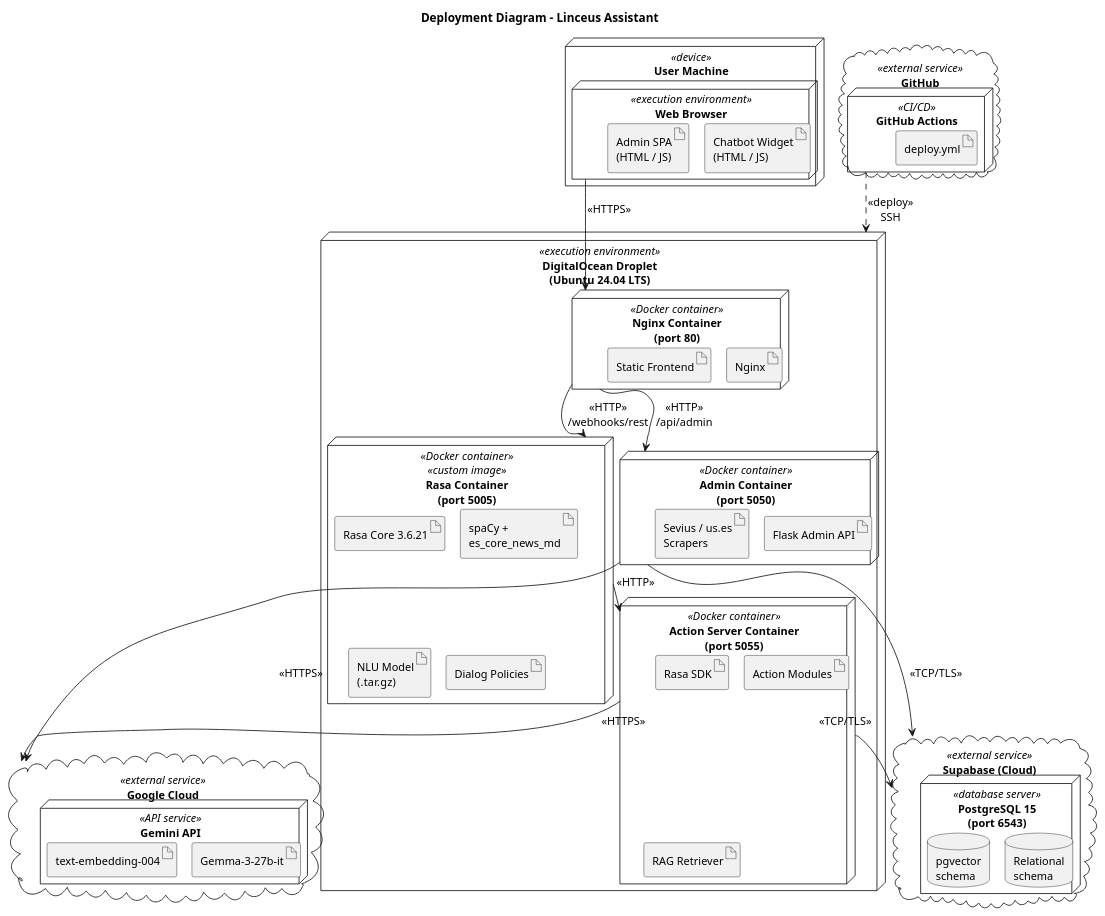
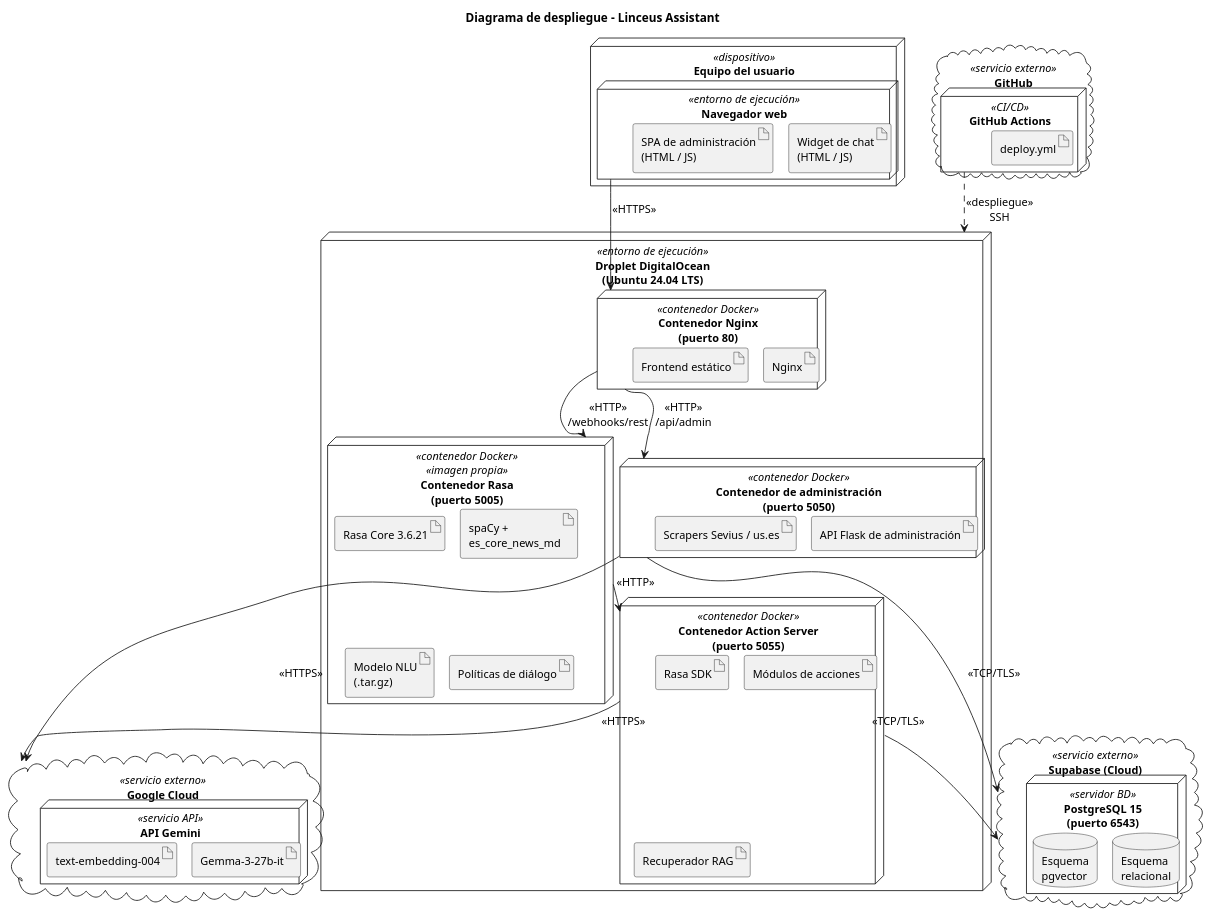
One commit to santiabregu/linceus-assistant changed the diagram in memoria_tfg/Plantilla TfG/img/diagrama_despliegue.puml. Above: the diagram before and after it, drawn with PlantUML. The commit also changed 37 other files, not shown here.

```diff
--- a/memoria_tfg/Plantilla TfG/img/diagrama_despliegue.puml
+++ b/memoria_tfg/Plantilla TfG/img/diagrama_despliegue.puml
@@ -1,79 +1,79 @@
-@startuml Diagrama de Despliegue
+@startuml diagrama_despliegue
 !pragma layout smetana
 skinparam defaultFontSize 13
 skinparam shadowing false
 skinparam nodeStyle rectangle
 
-title Deployment Diagram - Linceus Assistant
+title Diagrama de despliegue - Linceus Assistant
 
 ' ─── Cliente ─────────────────────────────────────────────────────────────────
-node "User Machine" as client <<device>> {
-  node "Web Browser" as browser <<execution environment>> {
-    artifact "Chatbot Widget\n(HTML / JS)" as chatwidget
-    artifact "Admin SPA\n(HTML / JS)" as adminspa
+node "Equipo del usuario" as client <<dispositivo>> {
+  node "Navegador web" as browser <<entorno de ejecución>> {
+    artifact "Widget de chat\n(HTML / JS)" as chatwidget
+    artifact "SPA de administración\n(HTML / JS)" as adminspa
   }
 }
 
 ' ─── Servidor de producción ──────────────────────────────────────────────────
-node "DigitalOcean Droplet\n(Ubuntu 24.04 LTS)" as droplet <<execution environment>> {
+node "Droplet DigitalOcean\n(Ubuntu 24.04 LTS)" as droplet <<entorno de ejecución>> {
 
-  node "Nginx Container\n(port 80)" as nginx_container <<Docker container>> {
+  node "Contenedor Nginx\n(puerto 80)" as nginx_container <<contenedor Docker>> {
     artifact "Nginx" as nginx_art
-    artifact "Static Frontend" as frontend_art
+    artifact "Frontend estático" as frontend_art
   }
 
-  node "Rasa Container\n(port 5005)" as rasa_container <<Docker container>> <<custom image>> {
+  node "Contenedor Rasa\n(puerto 5005)" as rasa_container <<contenedor Docker>> <<imagen propia>> {
     artifact "Rasa Core 3.6.21" as rasa_art
     artifact "spaCy +\nes_core_news_md" as spacy_art
-    artifact "NLU Model\n(.tar.gz)" as nlu_model
-    artifact "Dialog Policies" as policies
+    artifact "Modelo NLU\n(.tar.gz)" as nlu_model
+    artifact "Políticas de diálogo" as policies
   }
 
-  node "Action Server Container\n(port 5055)" as action_container <<Docker container>> {
+  node "Contenedor Action Server\n(puerto 5055)" as action_container <<contenedor Docker>> {
     artifact "Rasa SDK" as sdk_art
-    artifact "Action Modules" as action_modules
-    artifact "RAG Retriever" as rag_art
+    artifact "Módulos de acciones" as action_modules
+    artifact "Recuperador RAG" as rag_art
   }
 
-  node "Admin Container\n(port 5050)" as admin_container <<Docker container>> {
-    artifact "Flask Admin API" as admin_art
-    artifact "Sevius / us.es\nScrapers" as scrapers_art
+  node "Contenedor de administración\n(puerto 5050)" as admin_container <<contenedor Docker>> {
+    artifact "API Flask de administración" as admin_art
+    artifact "Scrapers Sevius / us.es" as scrapers_art
   }
 }
 
 ' ─── Servicios externos ──────────────────────────────────────────────────────
-cloud "Supabase (Cloud)" as supabase <<external service>> {
-  node "PostgreSQL 15\n(port 6543)" as pg <<database server>> {
-    database "Relational\nschema" as db_rel
-    database "pgvector\nschema" as db_vec
+cloud "Supabase (Cloud)" as supabase <<servicio externo>> {
+  node "PostgreSQL 15\n(puerto 6543)" as pg <<servidor BD>> {
+    database "Esquema\nrelacional" as db_rel
+    database "Esquema\npgvector" as db_vec
   }
 }
 
-cloud "Google Cloud" as gcloud <<external service>> {
-  node "Gemini API" as gemini <<API service>> {
+cloud "Google Cloud" as gcloud <<servicio externo>> {
+  node "API Gemini" as gemini <<servicio API>> {
     artifact "Gemma-3-27b-it" as gemini_llm
     artifact "text-embedding-004" as gemini_emb
   }
 }
 
 ' ─── Pipeline CI/CD ──────────────────────────────────────────────────────────
-cloud "GitHub" as github <<external service>> {
+cloud "GitHub" as github <<servicio externo>> {
   node "GitHub Actions" as gha <<CI/CD>> {
     artifact "deploy.yml" as deploy_wf
   }
 }
 
 ' ─── Comunicaciones runtime ──────────────────────────────────────────────────
 browser --> nginx_container : <<HTTPS>>
 nginx_container --> rasa_container : <<HTTP>>\n/webhooks/rest
 nginx_container --> admin_container : <<HTTP>>\n/api/admin
 rasa_container --> action_container : <<HTTP>>
 action_container --> supabase : <<TCP/TLS>>
 action_container --> gcloud : <<HTTPS>>
 admin_container --> supabase : <<TCP/TLS>>
 admin_container --> gcloud : <<HTTPS>>
 
 ' ─── Pipeline de despliegue ──────────────────────────────────────────────────
-gha ..> droplet : <<deploy>>\nSSH
+gha ..> droplet : <<despliegue>>\nSSH
 
 @enduml
```
